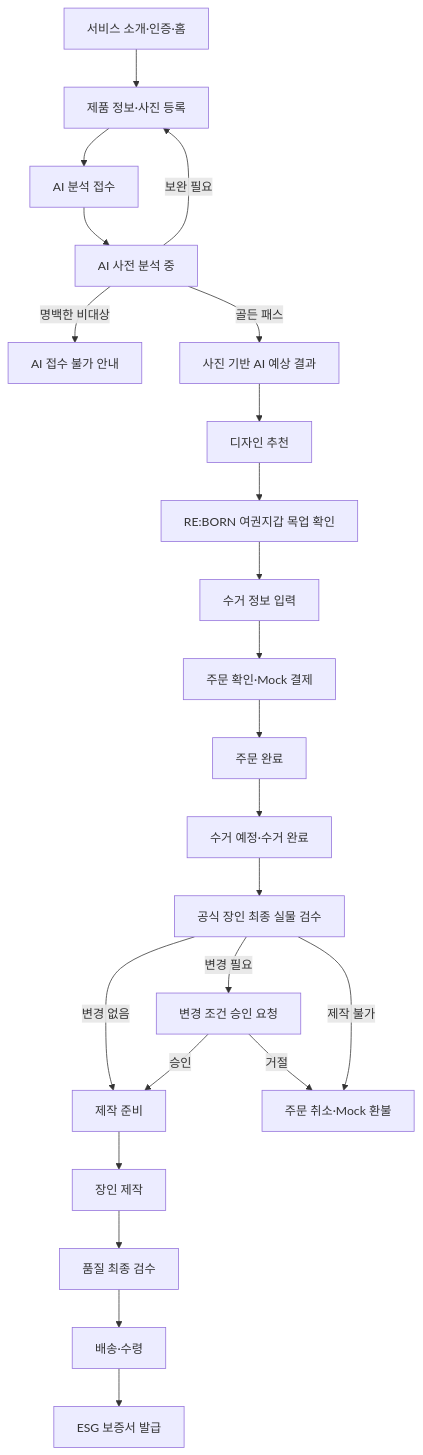
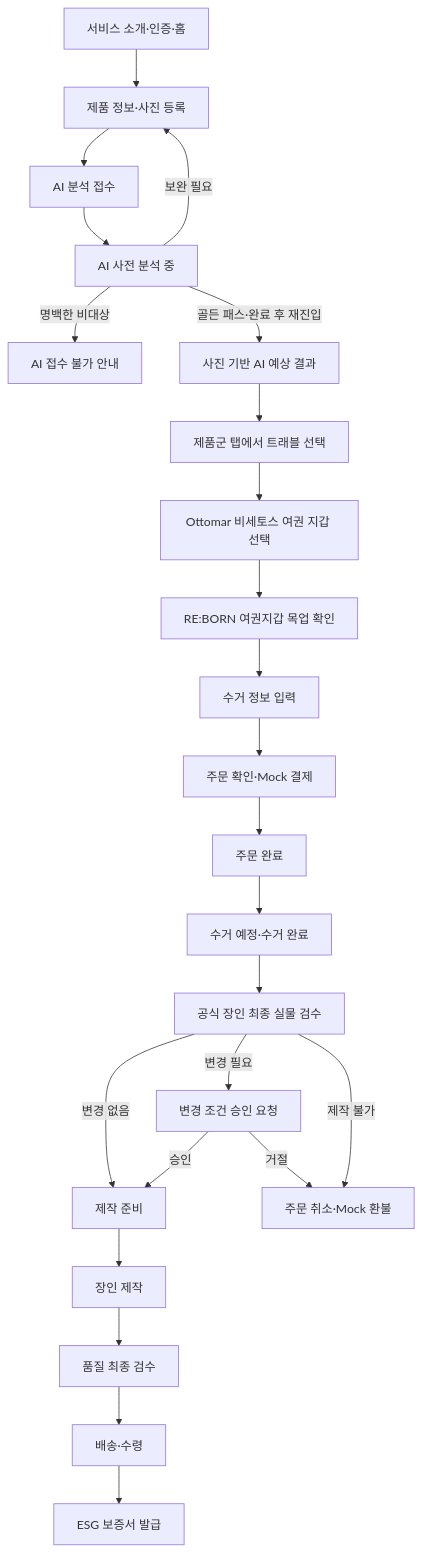
Before and after one commit to MCM-RE-BORN/mcm-reborn-hackathon: the diagram in docs/MVP_DEMO_CANONICAL.md, drawn with Mermaid. The commit also changed other lines of this file and 61 other files, not shown here.

Commit message:
feat: refine product diagnosis demo flow

````diff
--- a/docs/MVP_DEMO_CANONICAL.md
+++ b/docs/MVP_DEMO_CANONICAL.md
@@ -97,25 +103,26 @@
 ```mermaid
 flowchart TD
   A["서비스 소개·인증·홈"] --> B["제품 정보·사진 등록"]
   B --> C["AI 분석 접수"]
   C --> D["AI 사전 분석 중"]
   D -->|보완 필요| B
   D -->|명백한 비대상| X["AI 접수 불가 안내"]
-  D -->|골든 패스| E["사진 기반 AI 예상 결과"]
-  E --> F["디자인 추천"]
-  F --> G["RE:BORN 여권지갑 목업 확인"]
+  D -->|골든 패스·완료 후 재진입| E["사진 기반 AI 예상 결과"]
+  E --> F["제품군 탭에서 트래블 선택"]
+  F --> F2["Ottomar 비세토스 여권 지갑 선택"]
+  F2 --> G["RE:BORN 여권지갑 목업 확인"]
   G --> H["수거 정보 입력"]
   H --> I["주문 확인·Mock 결제"]
   I --> J["주문 완료"]
   J --> K["수거 예정·수거 완료"]
   K --> L["공식 장인 최종 실물 검수"]
   L -->|변경 없음| P["제작 준비"]
   L -->|변경 필요| M["변경 조건 승인 요청"]
   L -->|제작 불가| Y["주문 취소·Mock 환불"]
   M -->|승인| P
   M -->|거절| Y
   P --> Q["장인 제작"]
   Q --> R["품질 최종 검수"]
   R --> S["배송·수령"]
   S --> T["ESG 보증서 발급"]
 ```
````
